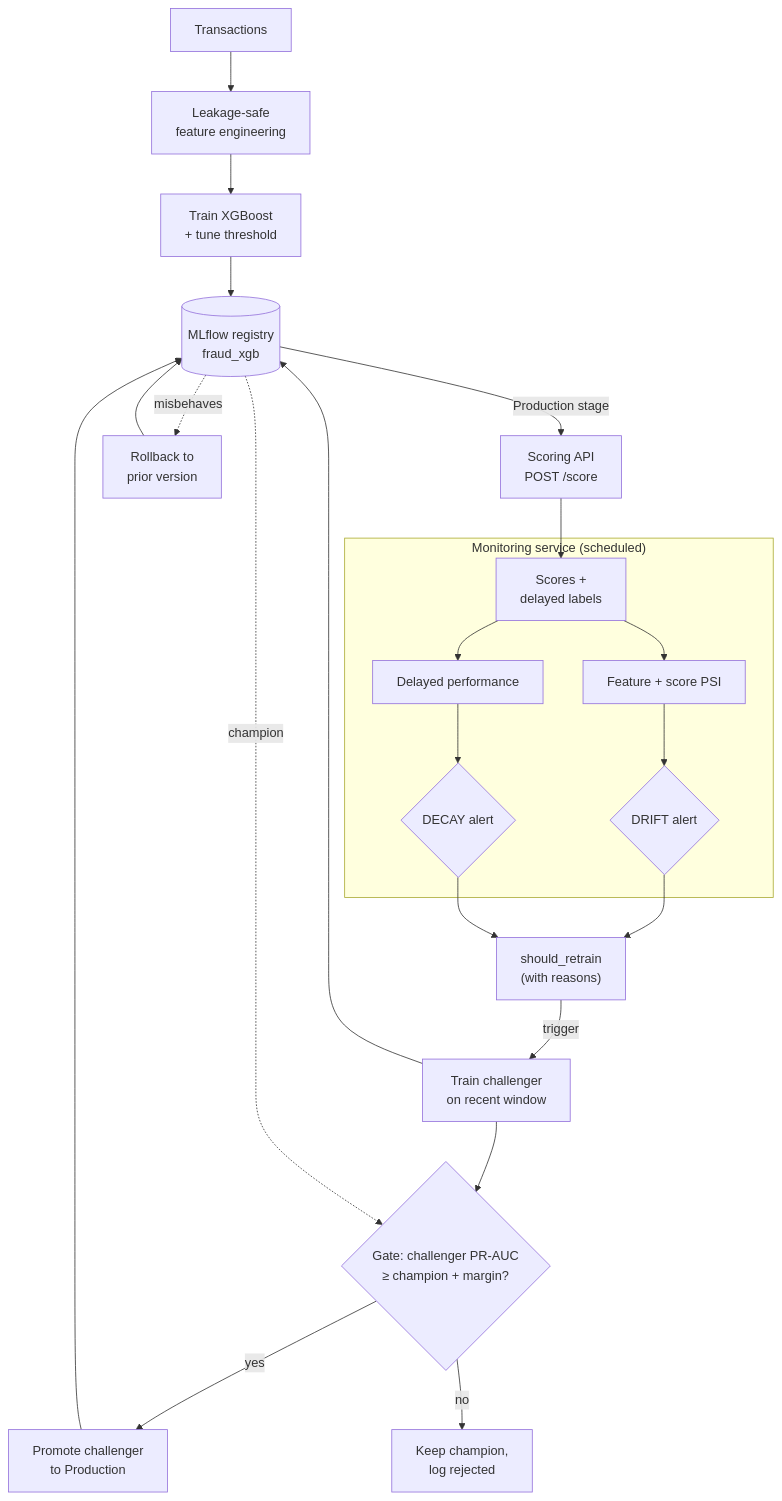
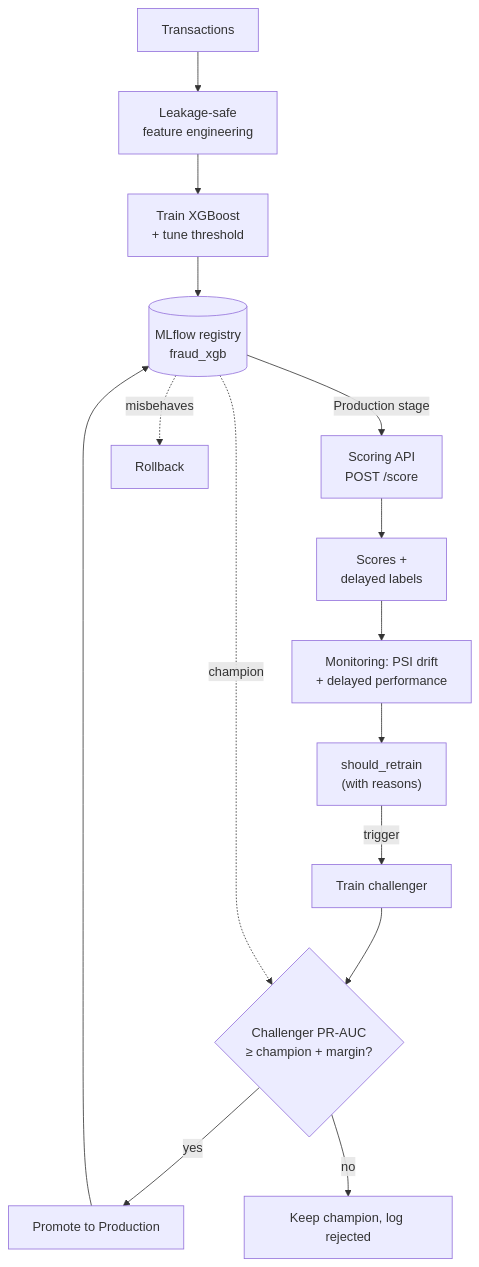
One commit to i-hridaysaha/fraud-detection-xgboost changed the diagram in README.md. Above: the diagram before and after it, drawn with Mermaid. The commit also changed other lines of this file and 2 other files, not shown here.

````diff
--- a/README.md
+++ b/README.md
@@ -323,27 +52,17 @@
 ```mermaid
 flowchart TD
     D["Transactions"] --> FE["Leakage-safe<br/>feature engineering"]
     FE --> TR["Train XGBoost<br/>+ tune threshold"]
     TR --> REG[("MLflow registry<br/>fraud_xgb")]
     REG -->|Production stage| API["Scoring API<br/>POST /score"]
     API --> LOGS["Scores +<br/>delayed labels"]
-
-    subgraph MON["Monitoring service (scheduled)"]
-      LOGS --> PSI["Feature + score PSI"]
-      LOGS --> PERF["Delayed performance"]
-      PSI --> DA{"DRIFT alert"}
-      PERF --> CA{"DECAY alert"}
-    end
-
-    DA --> SR["should_retrain<br/>(with reasons)"]
-    CA --> SR
-    SR -->|trigger| CH["Train challenger<br/>on recent window"]
-    CH --> REG
-    CH --> GATE{"Gate: challenger PR-AUC<br/>≥ champion + margin?"}
+    LOGS --> MON["Monitoring: PSI drift<br/>+ delayed performance"]
+    MON --> SR["should_retrain<br/>(with reasons)"]
+    SR -->|trigger| CH["Train challenger"]
+    CH --> GATE{"Challenger PR-AUC<br/>≥ champion + margin?"}
     REG -.->|champion| GATE
-    GATE -->|yes| PROMO["Promote challenger<br/>to Production"]
-    GATE -->|no| KEEP["Keep champion,<br/>log rejected"]
+    GATE -->|yes| PROMO["Promote to Production"]
+    GATE -->|no| KEEP["Keep champion, log rejected"]
     PROMO --> REG
-    REG -.->|misbehaves| RB["Rollback to<br/>prior version"]
-    RB --> REG
+    REG -.->|misbehaves| RB["Rollback"]
 ```
````
